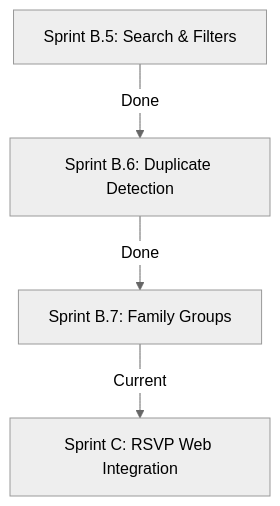
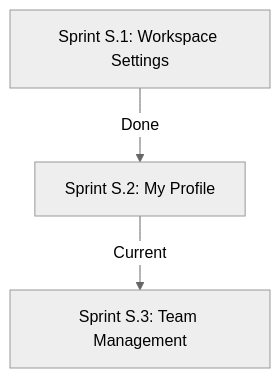
Before and after one commit to RozarKae/project-ra: the diagram in AUDIT_REPORT.md, drawn with Mermaid (neutral theme). The commit also changed other lines of this file and 17 other files, not shown here.

Commit message:
feat: implement core user and workspace repository logic with administrative sidebar and settings modules

````diff
--- a/AUDIT_REPORT.md
+++ b/AUDIT_REPORT.md
@@ -59,6 +57,5 @@
 ```mermaid
 graph TD
-    A[Sprint B.5: Search & Filters] -->|Done| B[Sprint B.6: Duplicate Detection]
-    B -->|Done| C[Sprint B.7: Family Groups]
-    C -->|Current| D[Sprint C: RSVP Web Integration]
+    A[Sprint S.1: Workspace Settings] -->|Done| B[Sprint S.2: My Profile]
+    B -->|Current| C[Sprint S.3: Team Management]
 ```
````
